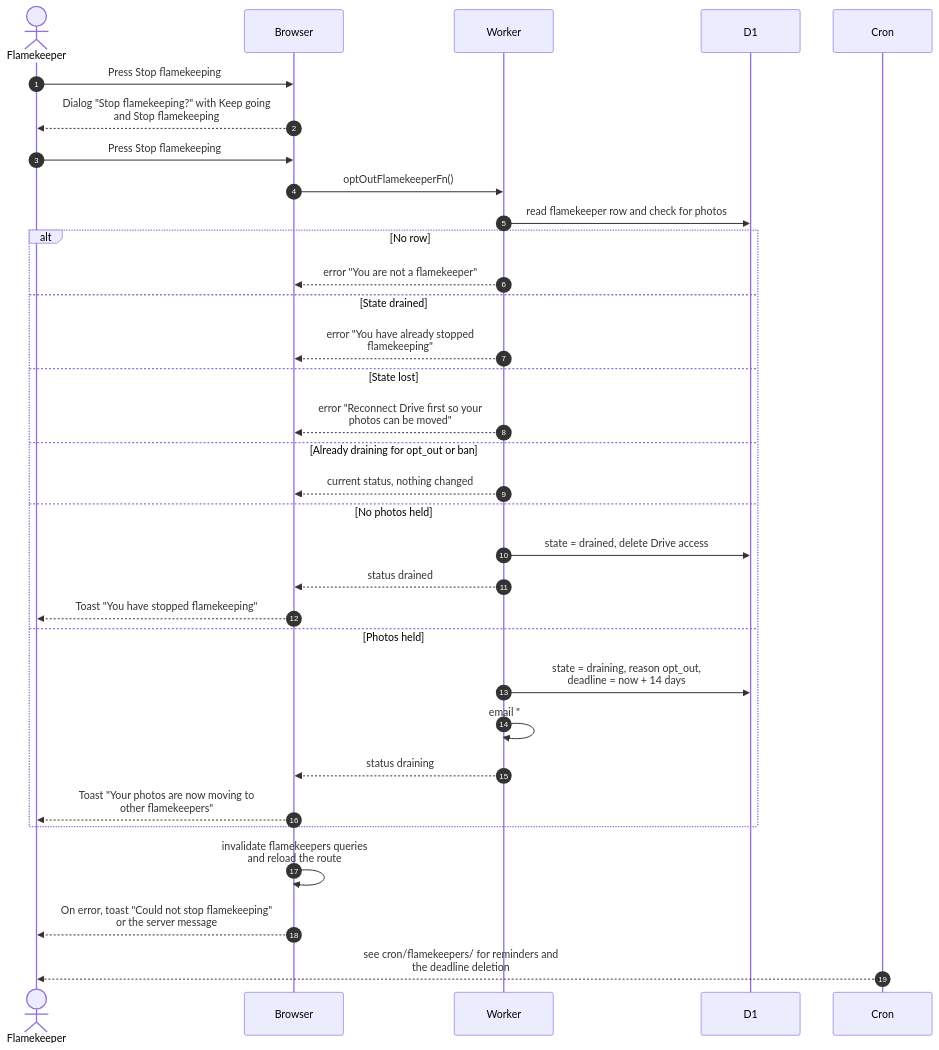
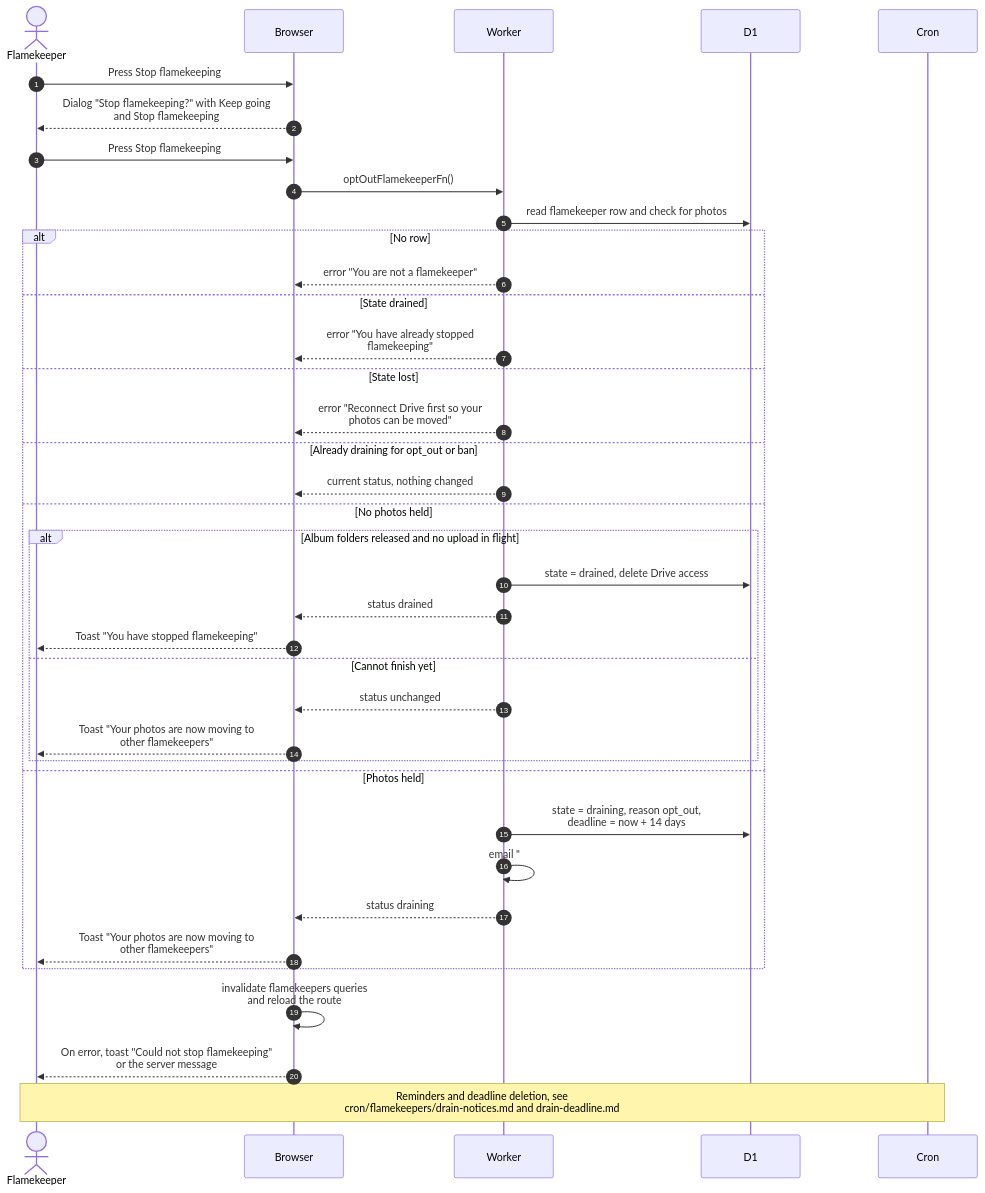
The diagram in docs/scenarios/flamekeepers/opt-out.md (sagyzdop/meriksirat), drawn with Mermaid before and after one commit. The commit also changed other lines of this file and 12 other files, not shown here.

Commit message:
docs(scenarios): verify flamekeepers diagrams against the code

````diff
--- a/docs/scenarios/flamekeepers/opt-out.md
+++ b/docs/scenarios/flamekeepers/opt-out.md
@@ -24,35 +29,40 @@
 ```mermaid
 sequenceDiagram
     autonumber
     actor F as Flamekeeper
     participant Browser
     participant Worker
     participant D1
     participant Cron
     F->>Browser: Press Stop flamekeeping
     Browser-->>F: Dialog "Stop flamekeeping?" with Keep going<br/>and Stop flamekeeping
     F->>Browser: Press Stop flamekeeping
     Browser->>Worker: optOutFlamekeeperFn()
     Worker->>D1: read flamekeeper row and check for photos
     alt No row
         Worker-->>Browser: error "You are not a flamekeeper"
     else State drained
         Worker-->>Browser: error "You have already stopped<br/>flamekeeping"
     else State lost
         Worker-->>Browser: error "Reconnect Drive first so your<br/>photos can be moved"
     else Already draining for opt_out or ban
         Worker-->>Browser: current status, nothing changed
     else No photos held
-        Worker->>D1: state = drained, delete Drive access
-        Worker-->>Browser: status drained
-        Browser-->>F: Toast "You have stopped flamekeeping"
+        alt Album folders released and no upload in flight
+            Worker->>D1: state = drained, delete Drive access
+            Worker-->>Browser: status drained
+            Browser-->>F: Toast "You have stopped flamekeeping"
+        else Cannot finish yet
+            Worker-->>Browser: status unchanged
+            Browser-->>F: Toast "Your photos are now moving to<br/>other flamekeepers"
+        end
     else Photos held
         Worker->>D1: state = draining, reason opt_out,<br/>deadline = now + 14 days
         Worker->>Worker: email "#savenuimg: we are moving<br/>your photos"
         Worker-->>Browser: status draining
         Browser-->>F: Toast "Your photos are now moving to<br/>other flamekeepers"
     end
     Browser->>Browser: invalidate flamekeepers queries<br/>and reload the route
     Browser-->>F: On error, toast "Could not stop flamekeeping"<br/>or the server message
-    Cron-->>F: see cron/flamekeepers/ for reminders and<br/>the deadline deletion
+    Note over F,Cron: Reminders and deadline deletion, see<br/>cron/flamekeepers/drain-notices.md and drain-deadline.md
 ```
````
